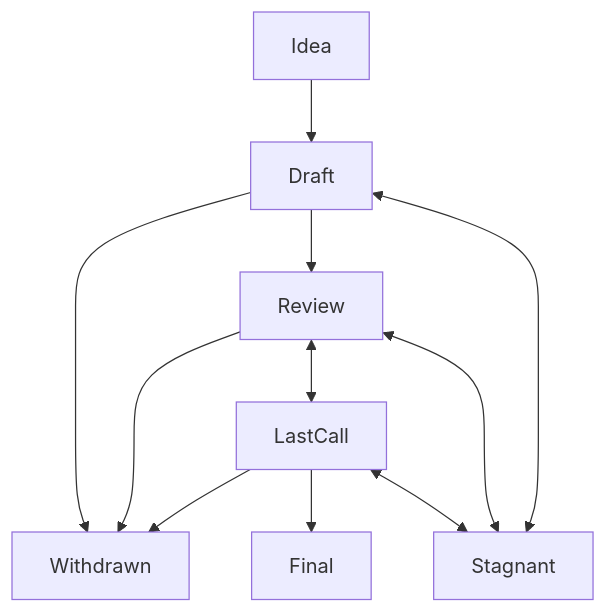
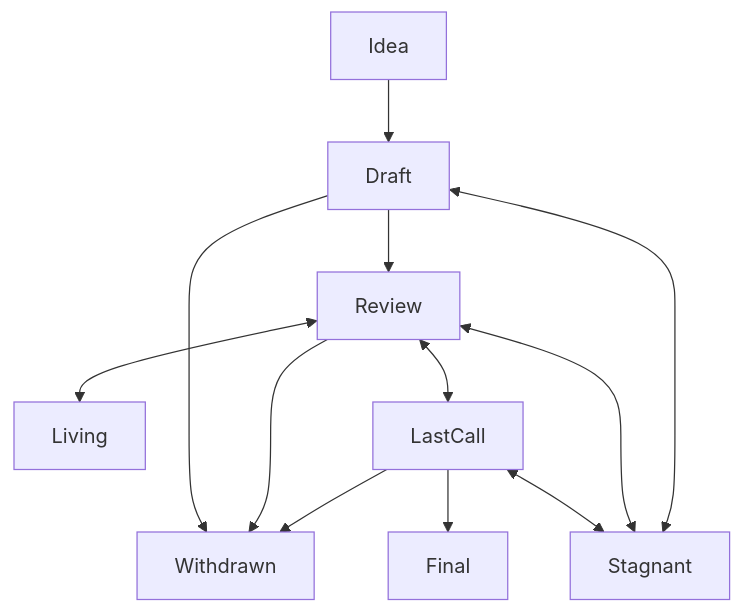
The diagram in content/ADR-1-adr-process.md (decentraland/adr), drawn with Mermaid before and after one commit.

Commit message:
Add Living to the diagram

````diff
--- a/content/ADR-1-adr-process.md
+++ b/content/ADR-1-adr-process.md
@@ -48,18 +48,18 @@
 ```mermaid
 flowchart TB
     Draft --> Withdrawn
     Idea --> Draft
 
     Draft --> Review
-
+    Review <--> Living
     Review <--> LastCall
     LastCall --> Final
 
     Review --> Withdrawn
     LastCall --> Withdrawn
 
     LastCall <--> Stagnant
     Review <--> Stagnant
     Draft <--> Stagnant
 
 ```
````
